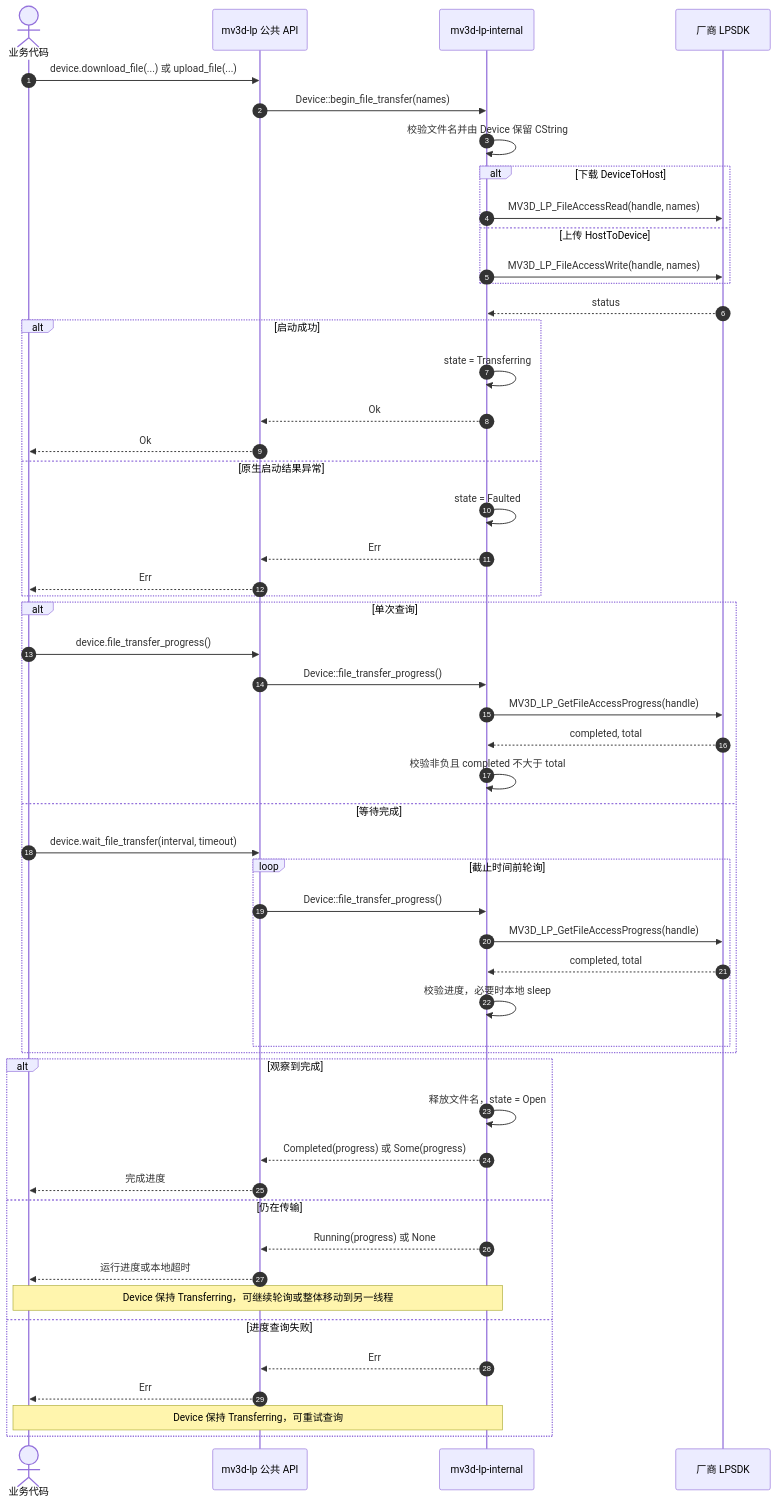
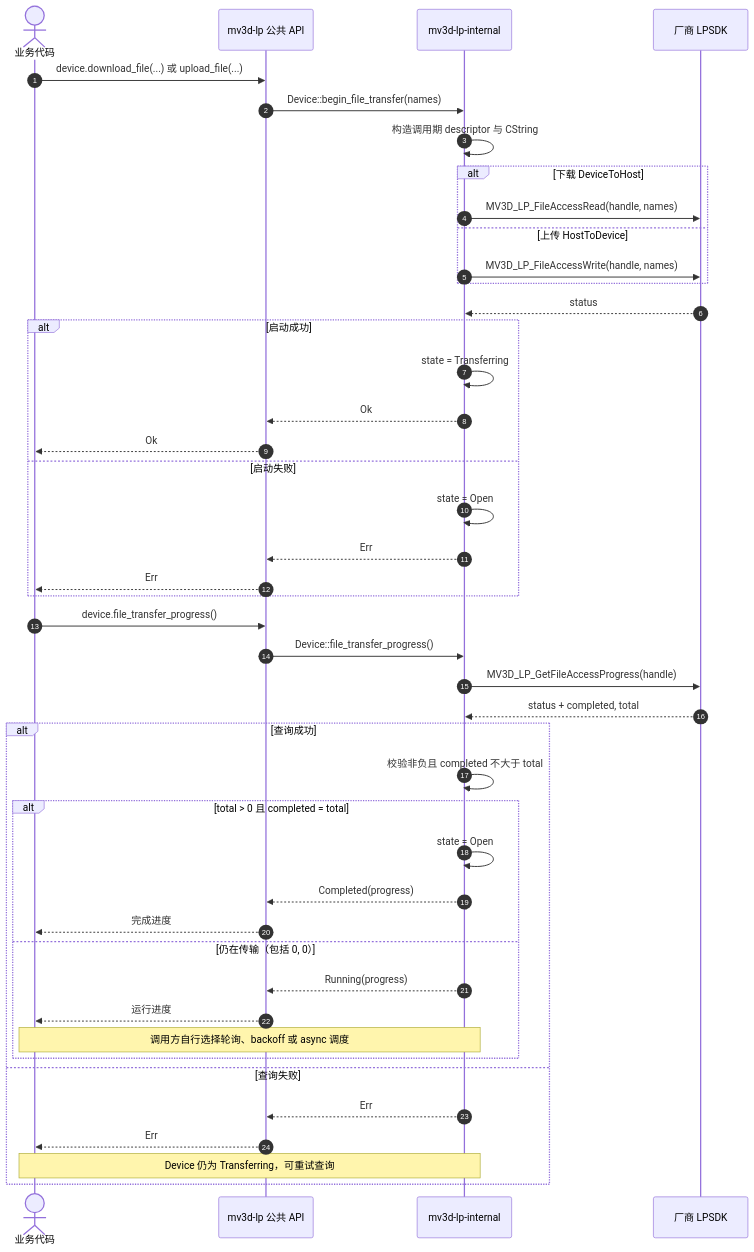
One commit to JSB-Unscarred/3dmvs-sdk-rs changed the diagram in 时序图/文件上传与下载.md. Above: the diagram before and after it, drawn with Mermaid. The commit also changed other lines of this file and 49 other files, not shown here.

````diff
--- a/时序图/文件上传与下载.md
+++ b/时序图/文件上传与下载.md
@@ -3,57 +3,48 @@
 ```mermaid
 sequenceDiagram
     autonumber
     actor App as 业务代码
     participant Public as mv3d-lp 公共 API
     participant Core as mv3d-lp-internal
     participant Native as 厂商 LPSDK
 
     App->>Public: device.download_file(...) 或 upload_file(...)
     Public->>Core: Device::begin_file_transfer(names)
-    Core->>Core: 校验文件名并由 Device 保留 CString
+    Core->>Core: 构造调用期 descriptor 与 CString
     alt 下载 DeviceToHost
         Core->>Native: MV3D_LP_FileAccessRead(handle, names)
     else 上传 HostToDevice
         Core->>Native: MV3D_LP_FileAccessWrite(handle, names)
     end
     Native-->>Core: status
     alt 启动成功
         Core->>Core: state = Transferring
         Core-->>Public: Ok
         Public-->>App: Ok
-    else 原生启动结果异常
-        Core->>Core: state = Faulted
+    else 启动失败
+        Core->>Core: state = Open
         Core-->>Public: Err
         Public-->>App: Err
     end
 
-    alt 单次查询
-        App->>Public: device.file_transfer_progress()
-        Public->>Core: Device::file_transfer_progress()
-        Core->>Native: MV3D_LP_GetFileAccessProgress(handle)
-        Native-->>Core: completed, total
+    App->>Public: device.file_transfer_progress()
+    Public->>Core: Device::file_transfer_progress()
+    Core->>Native: MV3D_LP_GetFileAccessProgress(handle)
+    Native-->>Core: status + completed, total
+    alt 查询成功
         Core->>Core: 校验非负且 completed 不大于 total
-    else 等待完成
-        App->>Public: device.wait_file_transfer(interval, timeout)
-        loop 截止时间前轮询
-            Public->>Core: Device::file_transfer_progress()
-            Core->>Native: MV3D_LP_GetFileAccessProgress(handle)
-            Native-->>Core: completed, total
-            Core->>Core: 校验进度，必要时本地 sleep
+        alt total > 0 且 completed = total
+            Core->>Core: state = Open
+            Core-->>Public: Completed(progress)
+            Public-->>App: 完成进度
+        else 仍在传输（包括 0, 0）
+            Core-->>Public: Running(progress)
+            Public-->>App: 运行进度
+            Note over App,Core: 调用方自行选择轮询、backoff 或 async 调度
         end
-    end
-
-    alt 观察到完成
-        Core->>Core: 释放文件名，state = Open
-        Core-->>Public: Completed(progress) 或 Some(progress)
-        Public-->>App: 完成进度
-    else 仍在传输
-        Core-->>Public: Running(progress) 或 None
-        Public-->>App: 运行进度或本地超时
-        Note over App,Core: Device 保持 Transferring，可继续轮询或整体移动到另一线程
-    else 进度查询失败
+    else 查询失败
         Core-->>Public: Err
         Public-->>App: Err
-        Note over App,Core: Device 保持 Transferring，可重试查询
+        Note over App,Core: Device 仍为 Transferring，可重试查询
     end
 ```
````
